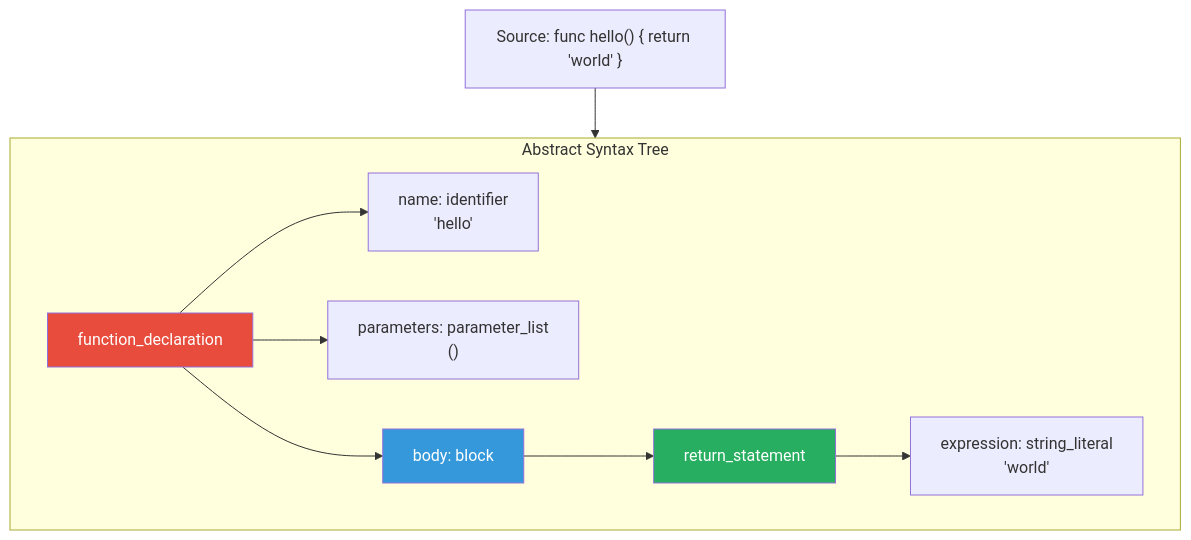
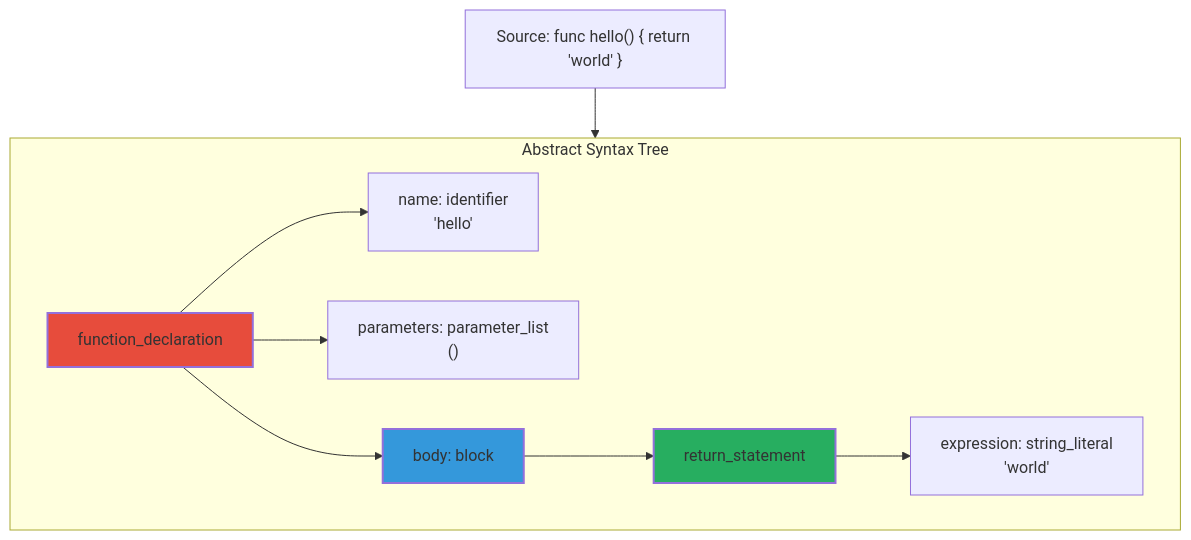
Before and after one commit to sampi02/amanmcp: the first of 9 diagrams in docs/concepts/tree-sitter-guide.md, drawn with Mermaid. The commit also changed other lines of this file and 59 other files, not shown here.

````diff
--- a/docs/concepts/tree-sitter-guide.md
+++ b/docs/concepts/tree-sitter-guide.md
@@ -24,19 +21,19 @@
 ```mermaid
 graph TD
     Source["Source: func hello() { return 'world' }"]
 
     subgraph AST["Abstract Syntax Tree"]
         FD[function_declaration]
         FD --> Name["name: identifier<br/>'hello'"]
         FD --> Params["parameters: parameter_list<br/>()"]
         FD --> Body["body: block"]
         Body --> Return["return_statement"]
         Return --> Expr["expression: string_literal<br/>'world'"]
     end
 
     Source --> AST
 
-    style FD fill:#e74c3c,color:#fff
-    style Body fill:#3498db,color:#fff
-    style Return fill:#27ae60,color:#fff
+    style FD fill:#e74c3c,stroke-width:2px
+    style Body fill:#3498db,stroke-width:2px
+    style Return fill:#27ae60,stroke-width:2px
 ```
````
